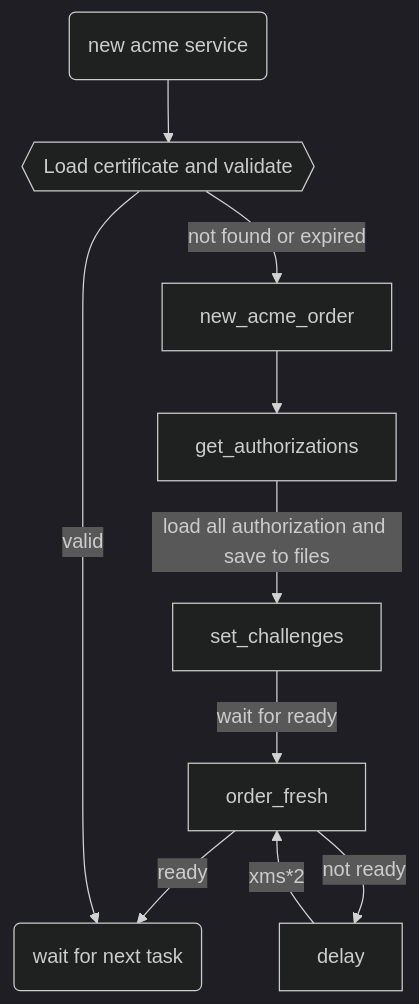
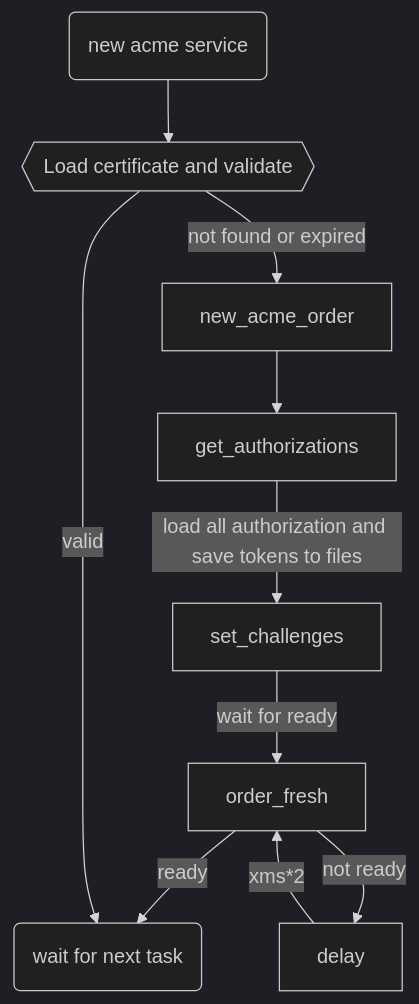
Before and after one commit to vicanso/pingap: the first of 2 diagrams in docs/acme_chart.md, drawn with Mermaid (dark theme). The commit also changed 3 other files, not shown here.

````diff
--- a/docs/acme_chart.md
+++ b/docs/acme_chart.md
@@ -5,18 +5,18 @@
 ```mermaid
 graph TD;
   start("new acme service") --> validate_certificate{{Load certificate and validate}};
   validate_certificate -- not found or expired --> new_acme_order;
 
   new_acme_order --> get_authorizations;
 
-  get_authorizations -- load all authorization and save to files --> set_challenges;
+  get_authorizations -- load all authorization and save tokens to files --> set_challenges;
 
   set_challenges -- wait for ready --> order_fresh;
 
   order_fresh -- ready --> done;
   order_fresh -- not ready --> delay;
 
   delay -- xms*2 --> order_fresh
 
   validate_certificate -- valid --> done("wait for next task");
 ```
````
